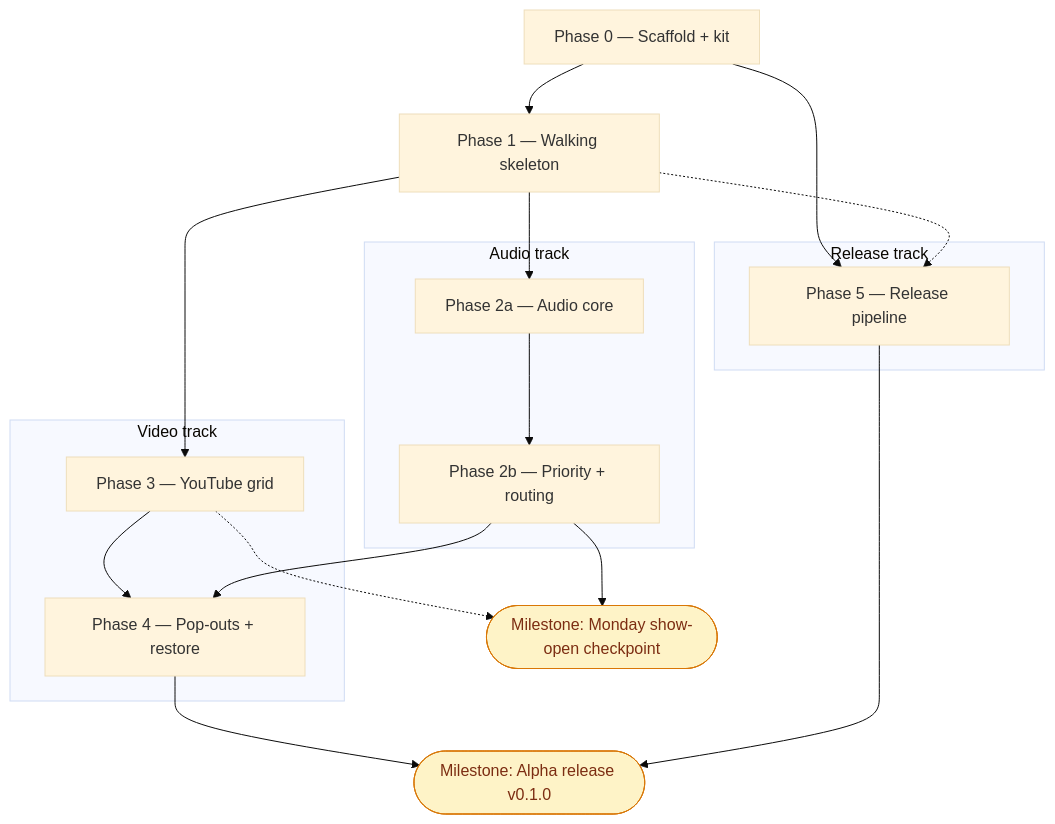
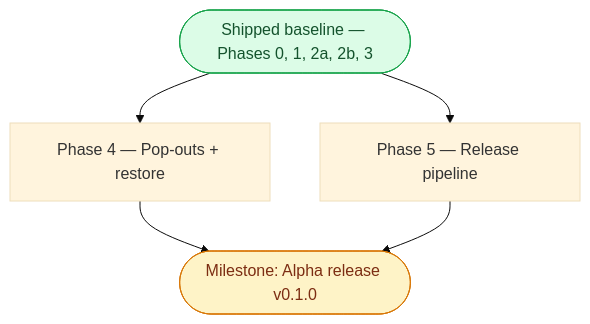
The diagram in docs/Implementation-Plan.md (ericwait/eaa-traffic-monitor), drawn with Mermaid (base theme) before and after one commit. The commit also changed other lines of this file, not shown here.

First line of the commit message:
Cut shipped phases from the implementation plan

````diff
--- a/docs/Implementation-Plan.md
+++ b/docs/Implementation-Plan.md
@@ -37,38 +38,18 @@
 ```mermaid
 flowchart TD
-    P0["Phase 0 — Scaffold + kit"]
-    P1["Phase 1 — Walking skeleton"]
+    BASE(["Shipped baseline — Phases 0, 1, 2a, 2b, 3"])
+    P4["Phase 4 — Pop-outs + restore"]
+    P5["Phase 5 — Release pipeline"]
 
-    subgraph audio["Audio track"]
-        P2a["Phase 2a — Audio core"]
-        P2b["Phase 2b — Priority + routing"]
-        P2a --> P2b
-    end
-
-    subgraph video["Video track"]
-        P3["Phase 3 — YouTube grid"]
-        P4["Phase 4 — Pop-outs + restore"]
-        P3 --> P4
-    end
-
-    subgraph release["Release track"]
-        P5["Phase 5 — Release pipeline"]
-    end
-
-    MON(["Milestone: Monday show-open checkpoint"])
     ALPHA(["Milestone: Alpha release v0.1.0"])
 
-    P0 --> P1
-    P1 --> P2a
-    P1 --> P3
-    P0 --> P5
-    P1 -.-> P5
-    P2b --> P4
-    P2b --> MON
-    P3 -.-> MON
+    BASE --> P4
+    BASE --> P5
     P4 --> ALPHA
     P5 --> ALPHA
 
     classDef milestone fill:#fef3c7,stroke:#d97706,color:#7c2d12
-    class MON,ALPHA milestone
+    classDef shipped fill:#dcfce7,stroke:#16a34a,color:#14532d
+    class ALPHA milestone
+    class BASE shipped
 ```
````
